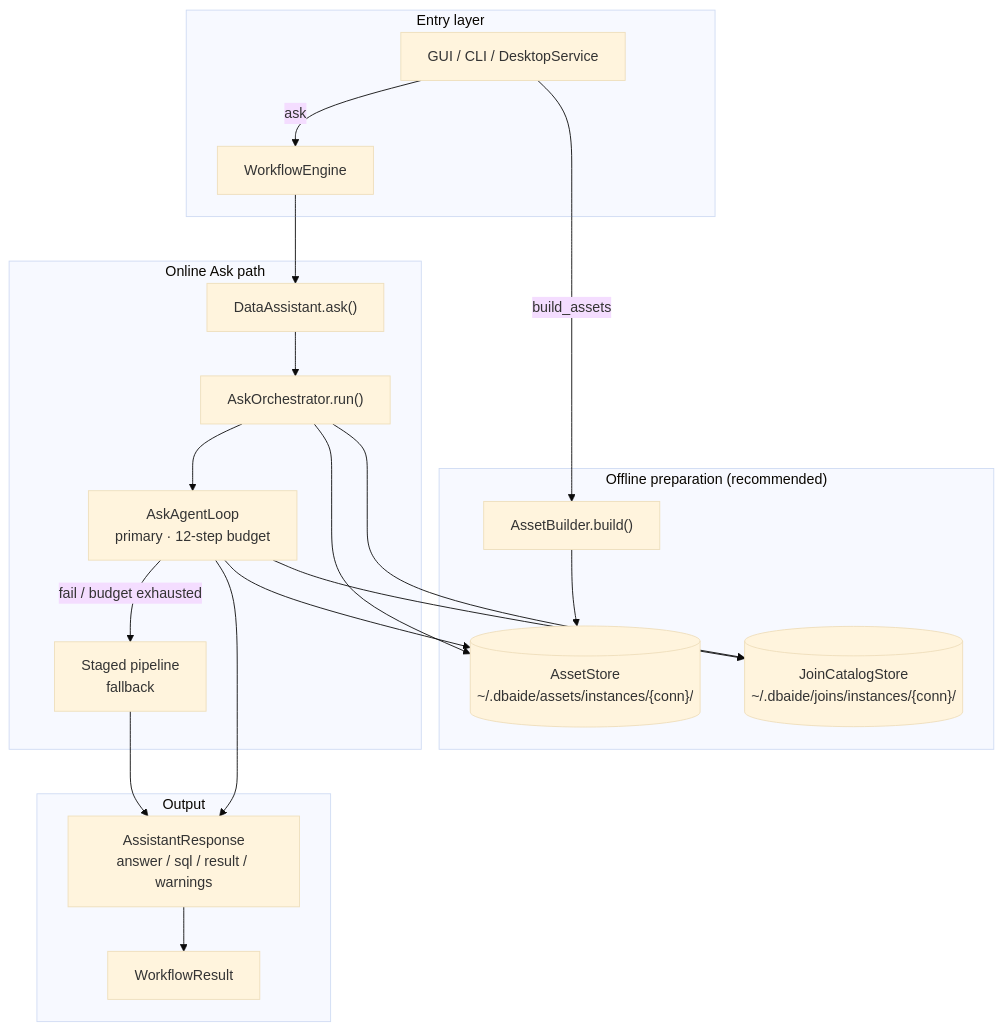
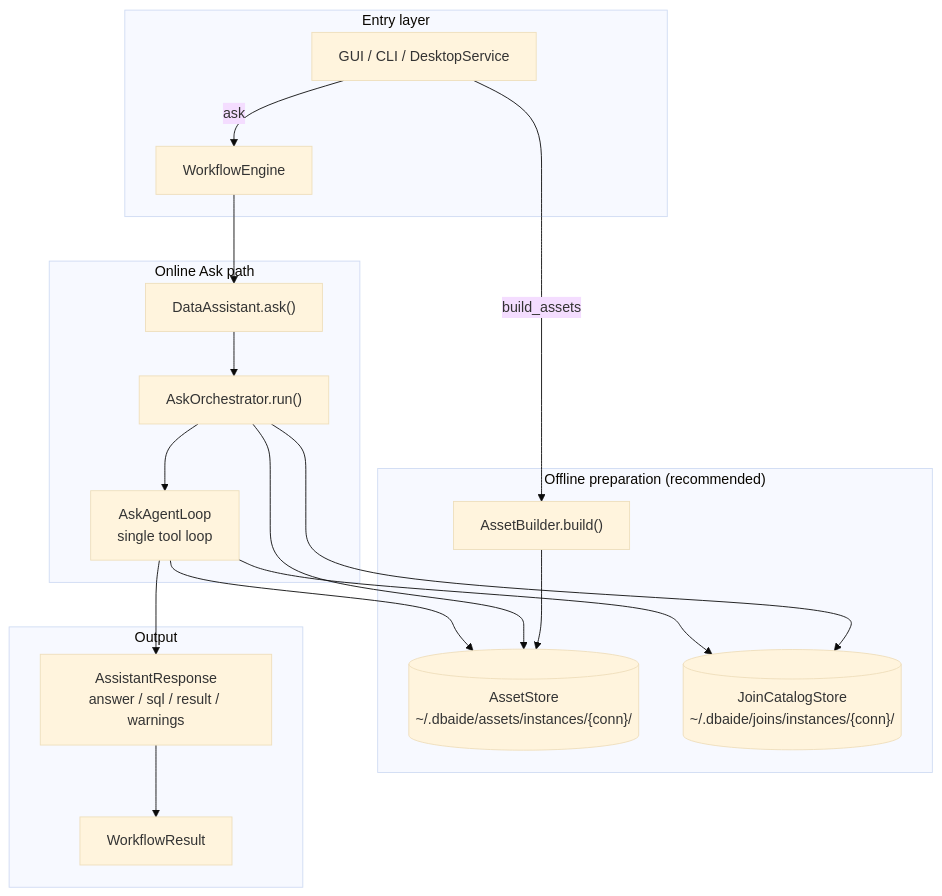
One commit to W1412X/dbaide changed the first of 8 diagrams in docs/DESIGN.md. Above: the diagram before and after it, drawn with Mermaid (base theme). The commit also changed other lines of this file and 107 other files, not shown here.

````diff
--- a/docs/DESIGN.md
+++ b/docs/DESIGN.md
@@ -20,41 +20,38 @@
 ```mermaid
 flowchart TB
     subgraph Entry["Entry layer"]
         GUI["GUI / CLI / DesktopService"]
         WF["WorkflowEngine"]
     end
 
     subgraph Offline["Offline preparation (recommended)"]
         BA["AssetBuilder.build()"]
         AS[("AssetStore<br/>~/.dbaide/assets/instances/{conn}/")]
         JC[("JoinCatalogStore<br/>~/.dbaide/joins/instances/{conn}/")]
     end
 
     subgraph Online["Online Ask path"]
         DA["DataAssistant.ask()"]
         ORCH["AskOrchestrator.run()"]
-        LOOP["AskAgentLoop<br/>primary · 12-step budget"]
-        STAGED["Staged pipeline<br/>fallback"]
+        LOOP["AskAgentLoop<br/>single tool loop"]
     end
 
     subgraph Output["Output"]
         WR["WorkflowResult"]
         AR["AssistantResponse<br/>answer / sql / result / warnings"]
     end
 
     GUI -->|build_assets| BA
     GUI -->|ask| WF
     WF --> DA
     DA --> ORCH
     ORCH --> LOOP
-    LOOP -->|fail / budget exhausted| STAGED
     LOOP --> AR
-    STAGED --> AR
     AR --> WR
 
     BA --> AS
     ORCH --> AS
     ORCH --> JC
     LOOP --> AS
     LOOP --> JC
 ```
````
